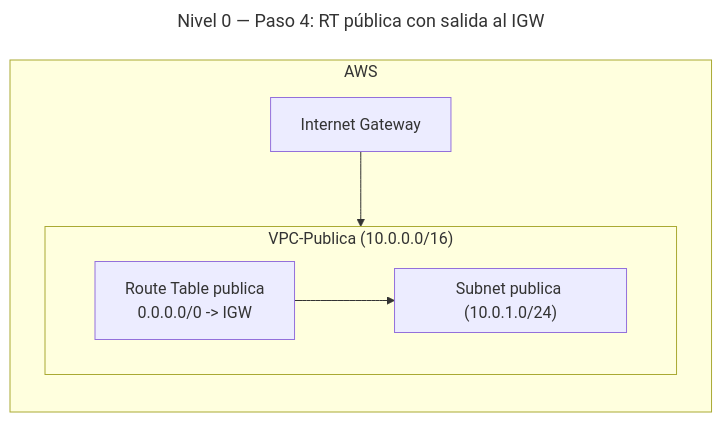
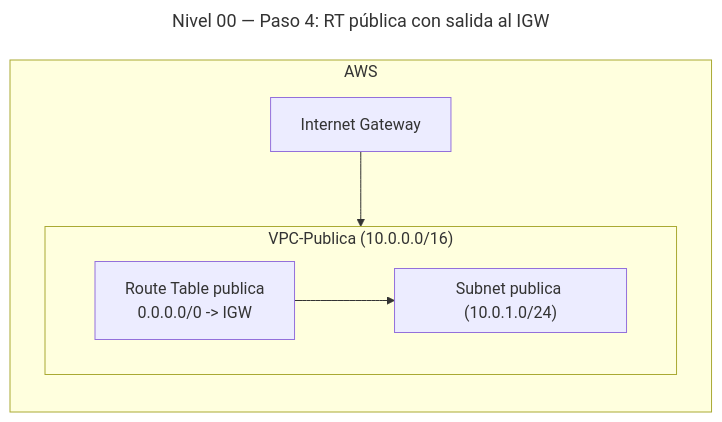
One commit to Marcos-SA-git/AWS-Certifications changed the fifth of 8 diagrams in SAA-C03/es/Prácticas/Fácil/Nivel-00.md. Above: the diagram before and after it, drawn with Mermaid. The commit also changed other lines of this file, not shown here.

````diff
--- a/SAA-C03/es/Prácticas/Fácil/Nivel-00.md
+++ b/SAA-C03/es/Prácticas/Fácil/Nivel-00.md
@@ -140,16 +140,16 @@
 ```mermaid
 ---
-title: "Nivel 0 — Paso 4: RT pública con salida al IGW"
+title: "Nivel 00 — Paso 4: RT pública con salida al IGW"
 ---
 graph BT
 subgraph AWS[AWS]
   IGW[Internet Gateway]
   subgraph VPC["VPC-Publica (10.0.0.0/16)"]
     RT[Route Table publica<br>0.0.0.0/0 -> IGW]
     subgraph SUB["Subnet publica (10.0.1.0/24)"]
     end
   end
 end
 IGW --> VPC
 RT --> SUB
 ```
````
